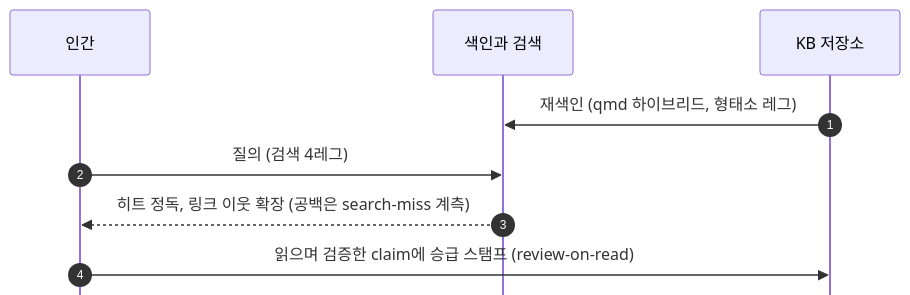
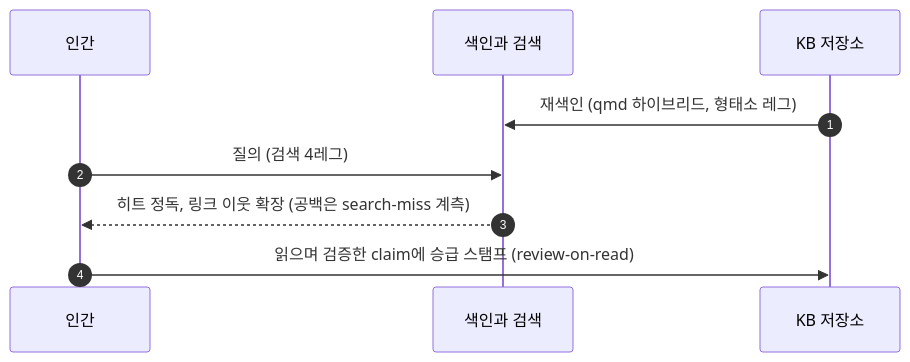
The third of 4 diagrams in README.md (alteralab/syntopicon), drawn with Mermaid before and after one commit. The commit also changed other lines of this file, not shown here.

Commit message:
plan: mirrorActors 되돌림 — GitHub 렌더러가 하단 여백을 못 지워 공백 거대화

````diff
--- a/README.md
+++ b/README.md
@@ -67,13 +67,13 @@
 ```mermaid
-%%{init: {"sequence": {"width": 140, "useMaxWidth": false, "mirrorActors": false, "messageMargin": 28, "boxMargin": 6}}}%%
+%%{init: {"sequence": {"width": 140, "useMaxWidth": false, "messageMargin": 28, "boxMargin": 6}}}%%
 sequenceDiagram
     autonumber
     participant H as 인간
     participant S as 색인과 검색
     participant K as KB 저장소
 
     K->>S: 재색인 (qmd 하이브리드, 형태소 레그)
     H->>S: 질의 (검색 4레그)
     S-->>H: 히트 정독, 링크 이웃 확장 (공백은 search-miss 계측)
     H->>K: 읽으며 검증한 claim에 승급 스탬프 (review-on-read)
 ```
````
